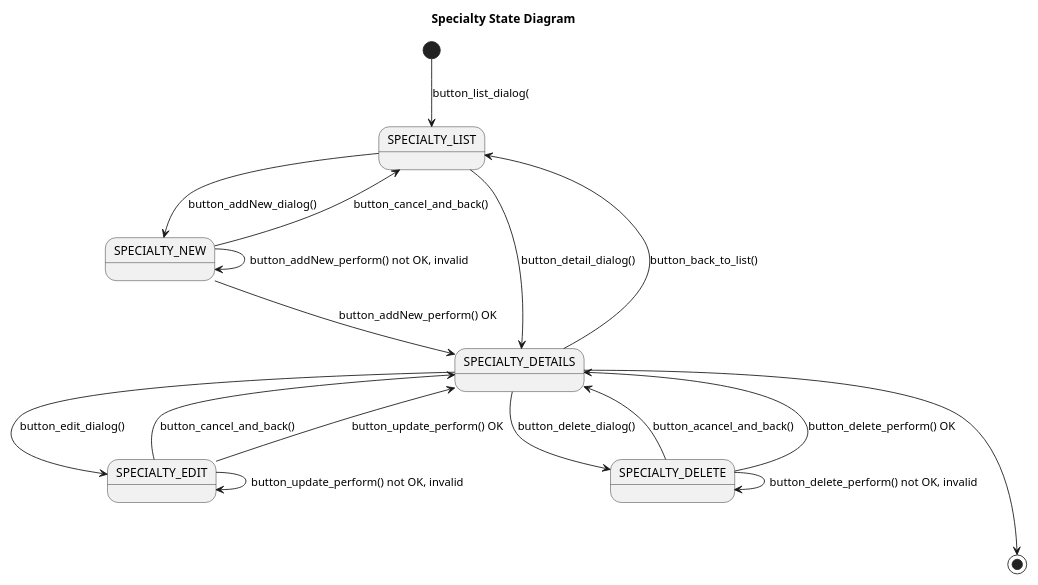
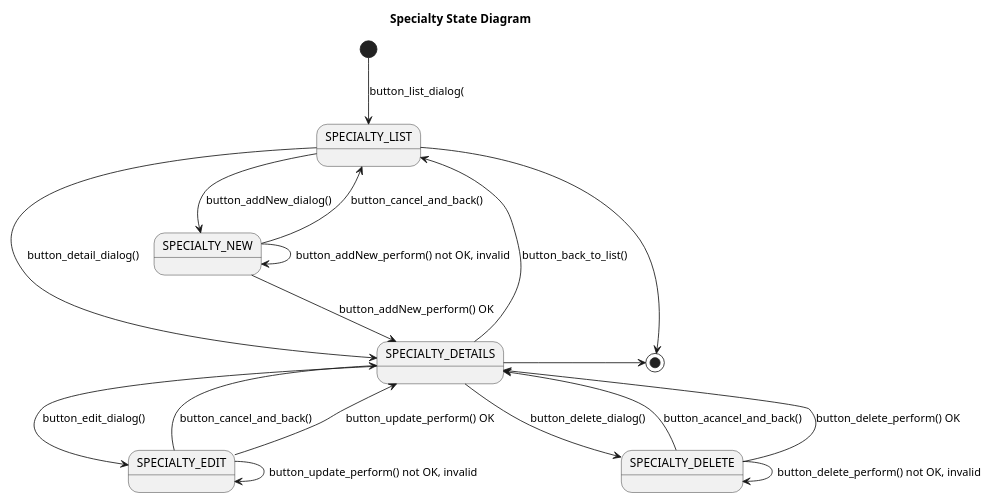
Before and after one commit to Jakarta-EE-Petclinic/petclinic-uml: the diagram in puml/vet/concept/Specialty__UseCase__State.puml, drawn with PlantUML. The commit also changed 4 other files, not shown here.

```diff
--- a/puml/vet/concept/Specialty__UseCase__State.puml
+++ b/puml/vet/concept/Specialty__UseCase__State.puml
@@ -1,41 +1,42 @@
 @startuml
 
 title Specialty State Diagram
 
 'https://plantuml.com/state-diagram
 
 ' left to right direction
 top to bottom direction
 
 scale 1000 width
 
 [*] --> SPECIALTY_LIST: button_list_dialog(
 
 SPECIALTY_LIST --> SPECIALTY_NEW : button_addNew_dialog()
 SPECIALTY_NEW --> SPECIALTY_LIST: button_cancel_and_back()
 state SPECIALTY_NEW {
     SPECIALTY_NEW --> SPECIALTY_NEW : button_addNew_perform() not OK, invalid
 }
 SPECIALTY_NEW --> SPECIALTY_DETAILS: button_addNew_perform() OK
 
 
 SPECIALTY_LIST --> SPECIALTY_DETAILS: button_detail_dialog()
 SPECIALTY_DETAILS --> SPECIALTY_LIST: button_back_to_list()
 
 SPECIALTY_DETAILS --> SPECIALTY_EDIT: button_edit_dialog()
 SPECIALTY_EDIT --> SPECIALTY_DETAILS: button_cancel_and_back()
 state SPECIALTY_EDIT {
     SPECIALTY_EDIT --> SPECIALTY_EDIT: button_update_perform() not OK, invalid
 }
 SPECIALTY_EDIT --> SPECIALTY_DETAILS: button_update_perform() OK
 
 SPECIALTY_DETAILS --> SPECIALTY_DELETE: button_delete_dialog()
 SPECIALTY_DELETE --> SPECIALTY_DETAILS: button_acancel_and_back()
 state SPECIALTY_DELETE {
     SPECIALTY_DELETE --> SPECIALTY_DELETE: button_delete_perform() not OK, invalid
 }
 SPECIALTY_DELETE --> SPECIALTY_DETAILS: button_delete_perform() OK
 
-SPECIALTY_DETAILS ---> [*]
+SPECIALTY_LIST -> [*]
+SPECIALTY_DETAILS -> [*]
 
 @enduml
```
